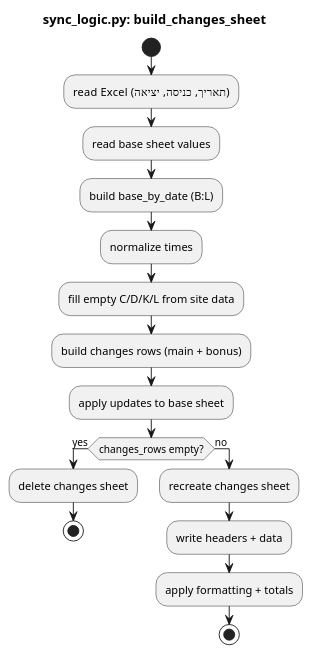
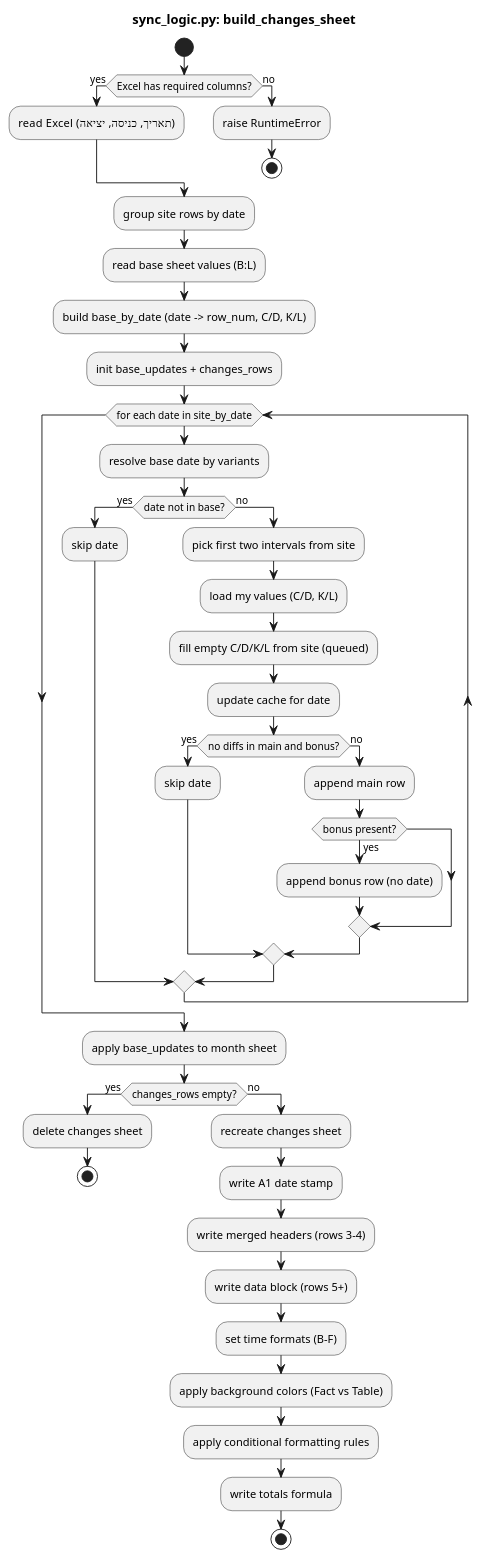
Before and after one commit to MrCode1970/work-hours-automation: the eighth of 8 diagrams in work-hours-automation.puml, drawn with PlantUML. The commit also changed other lines of this file and 2 other files, not shown here.

```diff
--- a/work-hours-automation.puml
+++ b/work-hours-automation.puml
@@ -159,21 +169,51 @@
 @startuml
 title sync_logic.py: build_changes_sheet
 
 start
-:read Excel (תאריך, כניסה, יציאה);
-:read base sheet values;
-:build base_by_date (B:L);
-:normalize times;
-:fill empty C/D/K/L from site data;
-:build changes rows (main + bonus);
-:apply updates to base sheet;
+if (Excel has required columns?) then (yes)
+  :read Excel (תאריך, כניסה, יציאה);
+else (no)
+  :raise RuntimeError;
+  stop
+endif
+:group site rows by date;
+:read base sheet values (B:L);
+:build base_by_date (date -> row_num, C/D, K/L);
+:init base_updates + changes_rows;
+
+while (for each date in site_by_date)
+  :resolve base date by variants;
+  if (date not in base?) then (yes)
+    :skip date;
+  else (no)
+    :pick first two intervals from site;
+    :load my values (C/D, K/L);
+    :fill empty C/D/K/L from site (queued);
+    :update cache for date;
+    if (no diffs in main and bonus?) then (yes)
+      :skip date;
+    else (no)
+      :append main row;
+      if (bonus present?) then (yes)
+        :append bonus row (no date);
+      endif
+    endif
+  endif
+endwhile
+
+:apply base_updates to month sheet;
 if (changes_rows empty?) then (yes)
   :delete changes sheet;
   stop
 else (no)
   :recreate changes sheet;
-  :write headers + data;
-  :apply formatting + totals;
+  :write A1 date stamp;
+  :write merged headers (rows 3-4);
+  :write data block (rows 5+);
+  :set time formats (B-F);
+  :apply background colors (Fact vs Table);
+  :apply conditional formatting rules;
+  :write totals formula;
   stop
 endif
 @enduml
```
